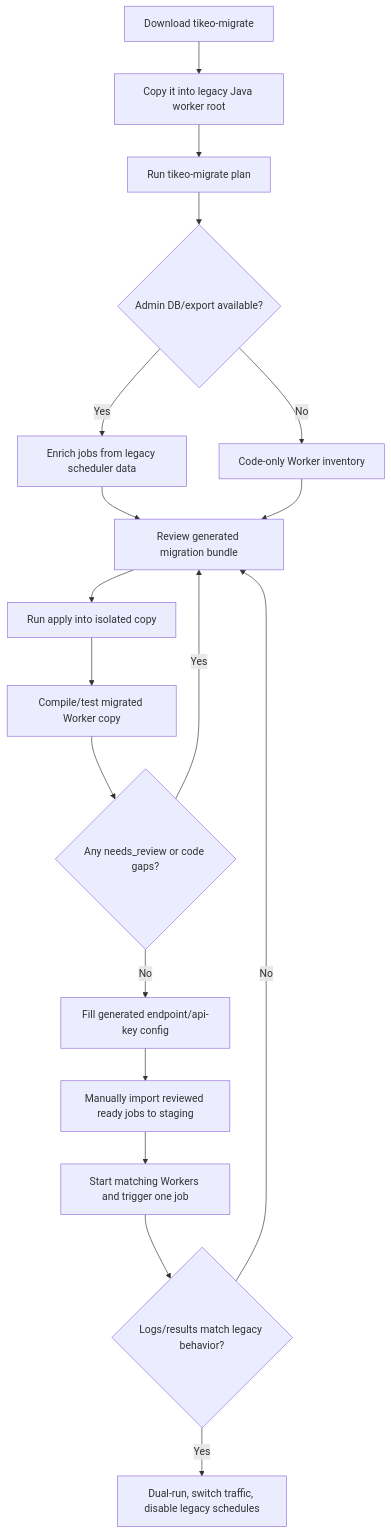
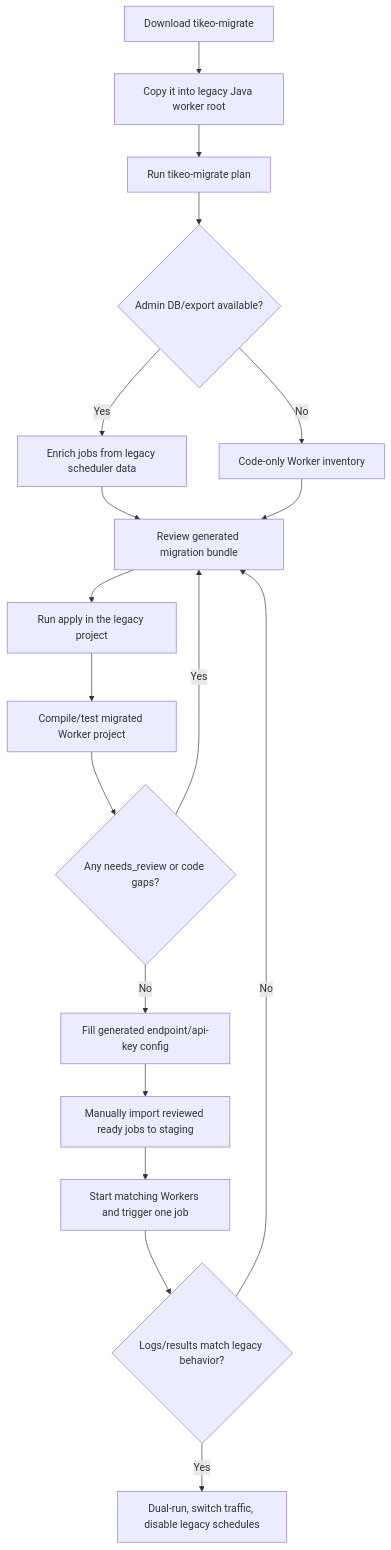
Before and after one commit to yhyzgn/tikeo: the diagram in README.md, drawn with Mermaid. The commit also changed other lines of this file and 16 other files, not shown here.

````diff
--- a/README.md
+++ b/README.md
@@ -268,20 +268,20 @@
 ```mermaid
 flowchart TD
   A[Download tikeo-migrate] --> B[Copy it into legacy Java worker root]
   B --> C[Run tikeo-migrate plan]
   C --> D{Admin DB/export available?}
   D -- Yes --> E[Enrich jobs from legacy scheduler data]
   D -- No --> F[Code-only Worker inventory]
   E --> G[Review generated migration bundle]
   F --> G
-  G --> H[Run apply into isolated copy]
-  H --> I[Compile/test migrated Worker copy]
+  G --> H[Run apply in the legacy project]
+  H --> I[Compile/test migrated Worker project]
   I --> J{Any needs_review or code gaps?}
   J -- Yes --> G
   J -- No --> K[Fill generated endpoint/api-key config]
   K --> L[Manually import reviewed ready jobs to staging]
   L --> M[Start matching Workers and trigger one job]
   M --> N{Logs/results match legacy behavior?}
   N -- No --> G
   N -- Yes --> O[Dual-run, switch traffic, disable legacy schedules]
 ```
````
